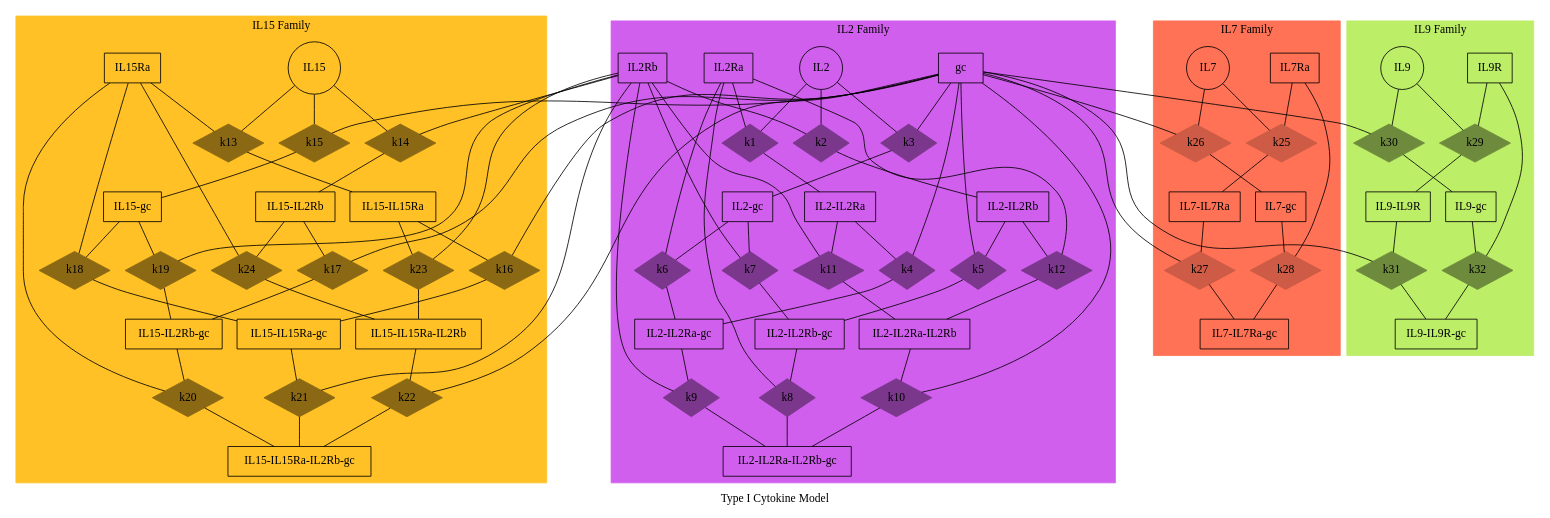
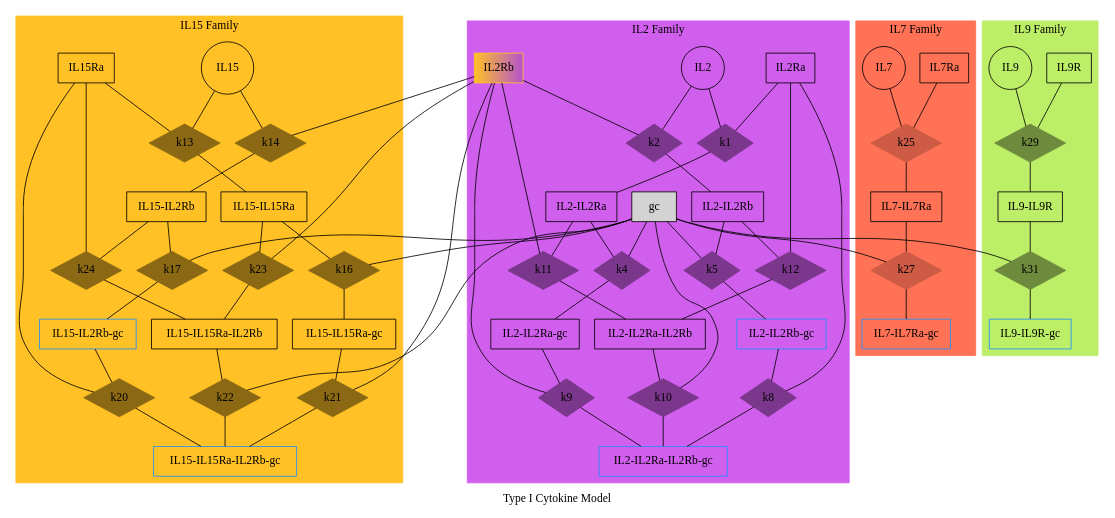
One commit to meyer-lab/gc-valent changed the diagram in ckine/data/graph_all.gv. Above: the diagram before and after it, drawn with Graphviz. The commit also changed 1 other file, not shown here.

```diff
--- a/ckine/data/graph_all.gv
+++ b/ckine/data/graph_all.gv
@@ -1,6 +1,7 @@
 ##"A few people in the field of genetics are using dot to draw "marriage node diagram"  pedigree drawings.  Here is one I have done of a test pedigree from the FTREE pedigree drawing package (Lion Share was a racehorse)." Contributed by David Duffy.
 
-##Command to get the layout: "dot -Tpng thisfile > thisfile.png"
+## Command to get the layout: "dot -Tpng thisfile > thisfile.png"
+## documentation can be found at https://graphviz.gitlab.io/documentation/
 
 digraph Ped_Lion_Share           {
 # page = "8.2677165,11.692913";
@@ -8,42 +9,37 @@
 mincross = 2.0;
 label = "Type I Cytokine Model";
 
-"IL2"   [shape=circle];
-"IL2Ra" [shape=box    ];
-"IL2Rb" [shape=box    ];
-"gc"    [shape=box    ];
+"IL2"   [shape=circle ];
+"IL2Ra" [shape=box   ];
+"IL2Rb" [shape=box, style=filled, color="goldenrod1:mediumorchid3"    ];
+"gc"    [shape=box, style=filled, BGCOLOR="white"  ];
 "IL2-IL2Ra" [shape=box];
 "IL2-IL2Rb" [shape=box];
-"IL2-gc" [shape=box];
 "IL2-IL2Ra" [shape=box];
 "IL2-IL2Ra" [shape=box];
 "IL2-IL2Ra-IL2Rb" [shape=box ];
 "IL2-IL2Ra-gc" [shape=box ];
-"IL2-IL2Rb-gc" [shape=box ];
-"IL2-IL2Ra-IL2Rb-gc" [shape=box ];
+"IL2-IL2Rb-gc" [shape=box, color=dodgerblue ];
+"IL2-IL2Ra-IL2Rb-gc" [shape=box, color=dodgerblue ];
 
 "IL15"  [shape=circle];
 "IL15Ra"    [shape=box];
 "IL15-IL15Ra"   [shape=box];
 "IL15-IL2Rb"    [shape=box];
-"IL15-gc"   [shape=box];
 "IL15-IL15Ra-IL2Rb" [shape=box];
 "IL15-IL15Ra-gc"    [shape=box];
-"IL15-IL2Rb-gc" [shape=box];
-"IL15-IL15Ra-IL2Rb-gc"  [shape=box];
+"IL15-IL2Rb-gc" [shape=box, color=dodgerblue];
+"IL15-IL15Ra-IL2Rb-gc"  [shape=box, color=dodgerblue];
 
 "IL7"   [shape=circle];
 "IL7Ra" [shape=box];
 "IL7-IL7Ra" [shape=box];
-"IL7-gc"    [shape=box];
-"IL7-IL7Ra-gc"  [shape=box];
+"IL7-IL7Ra-gc"  [shape=box, color=dodgerblue];
 
 "IL9"   [shape=circle];
 "IL9R" [shape=box    ];
-"gc"    [shape=box    ];
 "IL9-IL9R" [shape=box];
-"IL9-gc" [shape=box];
-"IL9-IL9R-gc" [shape=box ];
+"IL9-IL9R-gc" [shape=box, color=dodgerblue ];
 
 subgraph cluster_IL2 {
     style=filled;
@@ -61,12 +57,7 @@
     "IL2Rb" -> "k2" [dir=none,weight=1];
     "k2" -> "IL2-IL2Rb" [dir=none, weight=2];
 
-    "k3" [shape=diamond,style=filled,height=.1,width=.1];
-    "IL2" -> "k3" [dir=none,weight=1];
-    "gc" -> "k3" [dir=none,weight=1];
-    "k3" -> "IL2-gc" [dir=none, weight=2];
-
-    "k4" [shape=diamond,style=filled,height=.1,width=.1];
+    "k4" [shape="Mdiamond",style=filled,height=.1,width=.1];
     "IL2-IL2Ra" -> "k4" [dir=none,weight=1];
     "gc" -> "k4" [dir=none,weight=1];
     "k4" -> "IL2-IL2Ra-gc" [dir=none, weight=2];
@@ -75,16 +66,6 @@
     "IL2-IL2Rb" -> "k5" [dir=none,weight=1];
     "gc" -> "k5" [dir=none,weight=1];
     "k5" -> "IL2-IL2Rb-gc" [dir=none, weight=2];
-
-    "k6" [shape=diamond,style=filled,height=.1,width=.1];
-    "IL2-gc" -> "k6" [dir=none,weight=1];
-    "IL2Ra" -> "k6" [dir=none,weight=1];
-    "k6" -> "IL2-IL2Ra-gc" [dir=none, weight=2];
-
-    "k7" [shape=diamond,style=filled,height=.1,width=.1];
-    "IL2-gc" -> "k7" [dir=none,weight=1];
-    "IL2Rb" -> "k7" [dir=none,weight=1];
-    "k7" -> "IL2-IL2Rb-gc" [dir=none, weight=2];
 
     "k8" [shape=diamond,style=filled,height=.1,width=.1];
     "IL2-IL2Rb-gc" -> "k8" [dir=none,weight=1];
@@ -128,11 +109,6 @@
     "IL2Rb" -> "k14" [dir=none,weight=1];
     "k14" -> "IL15-IL2Rb" [dir=none, weight=2];
 
-    "k15" [shape=diamond,style=filled,height=.1,width=.1];
-    "IL15" -> "k15" [dir=none,weight=1];
-    "gc" -> "k15" [dir=none,weight=1];
-    "k15" -> "IL15-gc" [dir=none, weight=2];
-
     "k16" [shape=diamond,style=filled,height=.1,width=.1];
     "IL15-IL15Ra" -> "k16" [dir=none,weight=1];
     "gc" -> "k16" [dir=none,weight=1];
@@ -142,16 +118,6 @@
     "IL15-IL2Rb" -> "k17" [dir=none,weight=1];
     "gc" -> "k17" [dir=none,weight=1];
     "k17" -> "IL15-IL2Rb-gc" [dir=none, weight=2];
-
-    "k18" [shape=diamond,style=filled,height=.1,width=.1];
-    "IL15-gc" -> "k18" [dir=none,weight=1];
-    "IL15Ra" -> "k18" [dir=none,weight=1];
-    "k18" -> "IL15-IL15Ra-gc" [dir=none, weight=2];
-
-    "k19" [shape=diamond,style=filled,height=.1,width=.1];
-    "IL15-gc" -> "k19" [dir=none,weight=1];
-    "IL2Rb" -> "k19" [dir=none,weight=1];
-    "k19" -> "IL15-IL2Rb-gc" [dir=none, weight=2];
 
     "k20" [shape=diamond,style=filled,height=.1,width=.1];
     "IL15-IL2Rb-gc" -> "k20" [dir=none,weight=1];
@@ -177,7 +143,7 @@
     "IL15-IL2Rb" -> "k24" [dir=none,weight=1];
     "IL15Ra" -> "k24" [dir=none,weight=1];
     "k24" -> "IL15-IL15Ra-IL2Rb" [dir=none, weight=2];
-}
+    }
 
 subgraph cluster_IL7 {
     style=filled;
@@ -190,20 +156,10 @@
     "IL7Ra" -> "k25" [dir=none,weight=1];
     "k25" -> "IL7-IL7Ra" [dir=none, weight=2];
 
-    "k26" [shape=diamond,style=filled,height=.1,width=.1];
-    "IL7" -> "k26" [dir=none,weight=1];
-    "gc" -> "k26" [dir=none,weight=1];
-    "k26" -> "IL7-gc" [dir=none, weight=2];
-
     "k27" [shape=diamond,style=filled,height=.1,width=.1];
     "IL7-IL7Ra" -> "k27" [dir=none,weight=1];
     "gc" -> "k27" [dir=none,weight=1];
     "k27" -> "IL7-IL7Ra-gc" [dir=none, weight=2];
-
-    "k28" [shape=diamond,style=filled,height=.1,width=.1];
-    "IL7-gc" -> "k28" [dir=none,weight=1];
-    "IL7Ra" -> "k28" [dir=none,weight=1];
-    "k28" -> "IL7-IL7Ra-gc" [dir=none, weight=2];
 }
 
 subgraph cluster_IL9 {
@@ -217,19 +173,9 @@
     "IL9R" -> "k29" [dir=none,weight=1];
     "k29" -> "IL9-IL9R" [dir=none, weight=2];
 
-    "k30" [shape=diamond,style=filled,height=.1,width=.1];
-    "IL9" -> "k30" [dir=none,weight=1];
-    "gc" -> "k30" [dir=none,weight=1];
-    "k30" -> "IL9-gc" [dir=none, weight=2];
-
     "k31" [shape=diamond,style=filled,height=.1,width=.1];
     "IL9-IL9R" -> "k31" [dir=none,weight=1];
     "gc" -> "k31" [dir=none,weight=1];
     "k31" -> "IL9-IL9R-gc" [dir=none, weight=2];
-
-    "k32" [shape=diamond,style=filled,height=.1,width=.1];
-    "IL9-gc" -> "k32" [dir=none,weight=1];
-    "IL9R" -> "k32" [dir=none,weight=1];
-    "k32" -> "IL9-IL9R-gc" [dir=none, weight=2];
 }
 }
```
